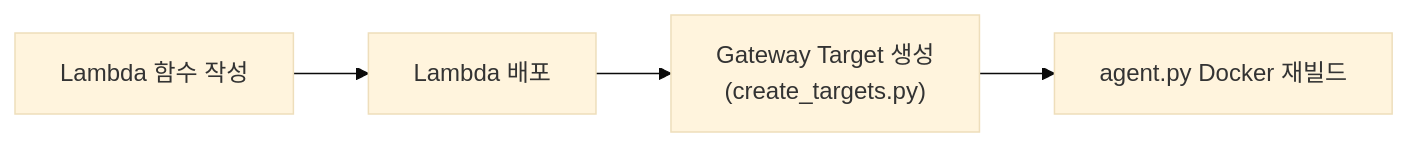
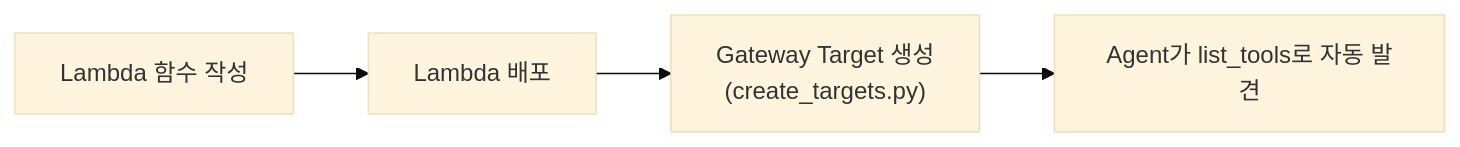
Before and after one commit to Atom-oh/awsops: the sixth of 7 diagrams in docs-site/docs/faq/agentcore-memory.md, drawn with Mermaid (base theme). The commit also changed other lines of this file and 14 other files, not shown here.

````diff
--- a/docs-site/docs/faq/agentcore-memory.md
+++ b/docs-site/docs/faq/agentcore-memory.md
@@ -559,6 +241,6 @@
 ```mermaid
 flowchart LR
   CODE["Lambda 함수 작성"] --> DEPLOY["Lambda 배포"]
   DEPLOY --> TARGET["Gateway Target 생성<br/>(create_targets.py)"]
-  TARGET --> REBUILD["agent.py Docker 재빌드"]
+  TARGET --> DISCOVER["Agent가 list_tools로 자동 발견"]
 ```
````
